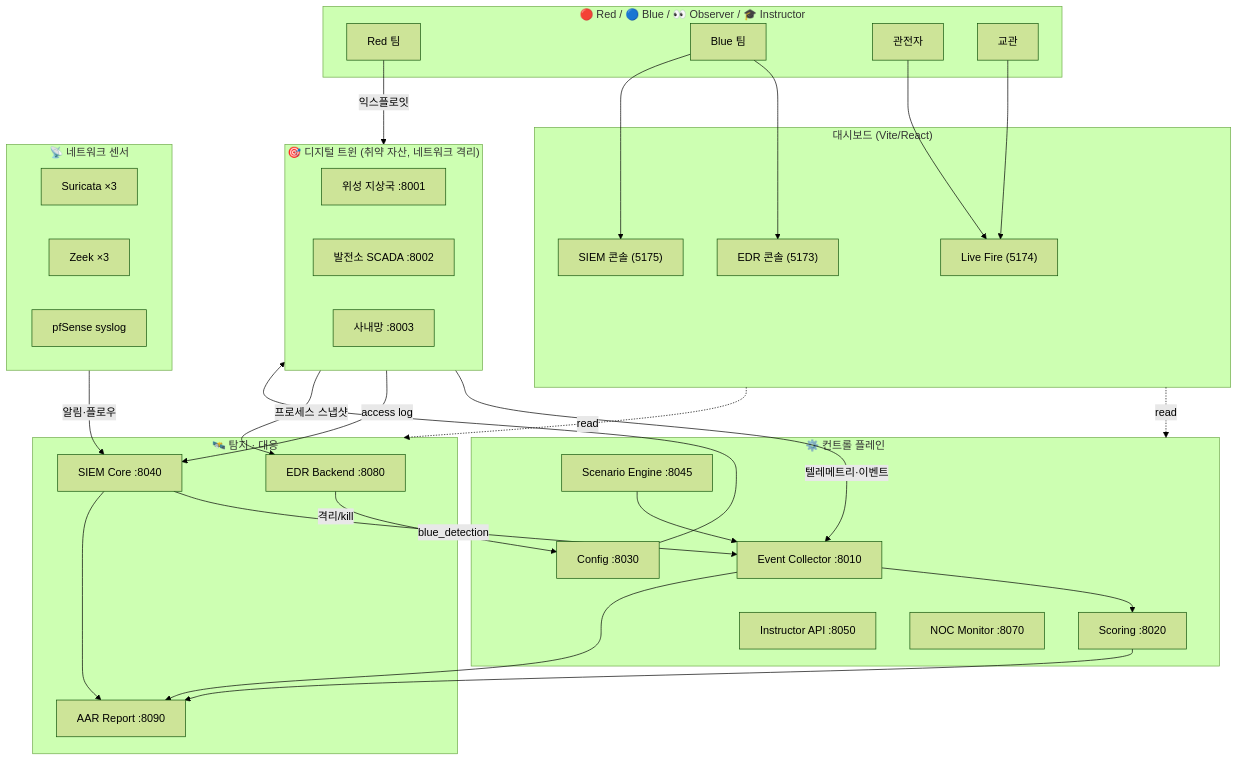
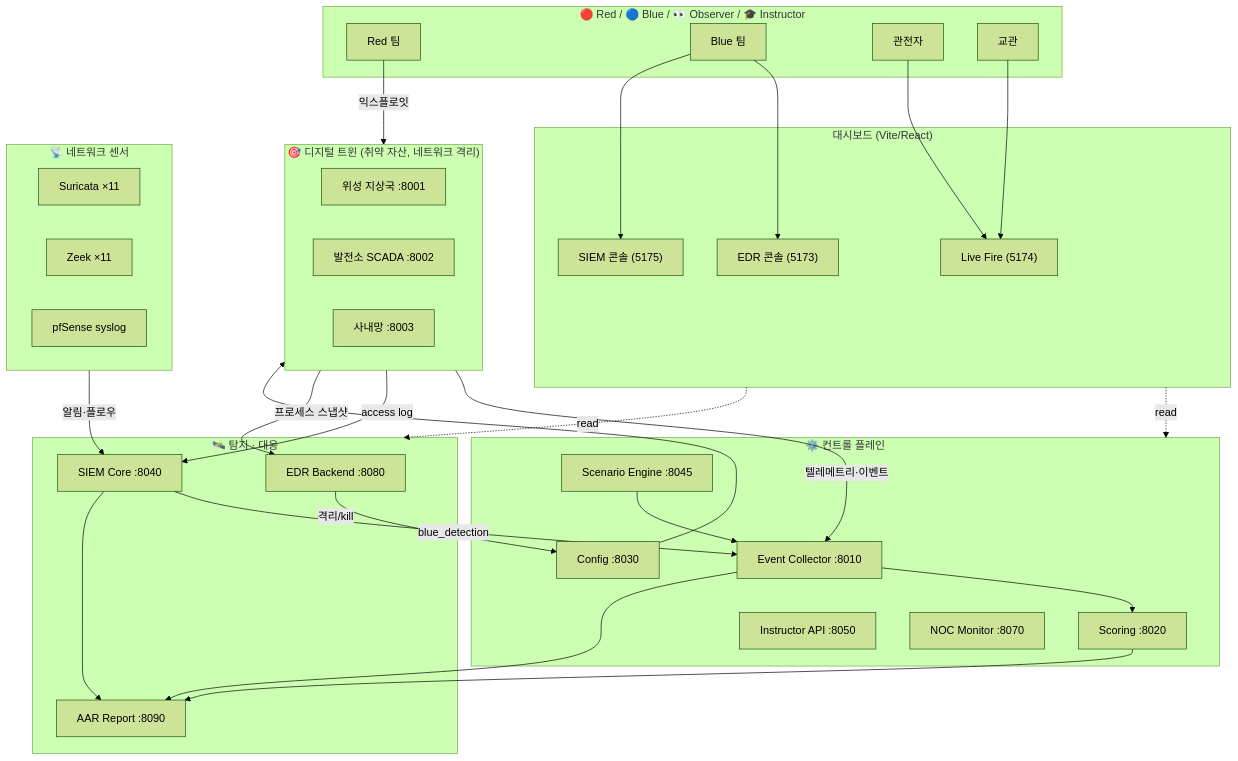
One commit to MintKangaroo/Cyber-Offensive-and-Defensive-Exercise changed the diagram in README.md. Above: the diagram before and after it, drawn with Mermaid (forest theme). The commit also changed other lines of this file and 1 other file, not shown here.

First line of the commit message:
feat(sensors): 신규 8섹터 Suricata/Zeek 사이드카 추가 (총 22개, 격리 유지·sudo 불필요)

````diff
--- a/README.md
+++ b/README.md
@@ -48,42 +48,42 @@
 ```mermaid
 flowchart TB
     subgraph Users["🔴 Red / 🔵 Blue / 👀 Observer / 🎓 Instructor"]
         RT["Red 팀"]; BT["Blue 팀"]; OB["관전자"]; IN["교관"]
     end
 
     subgraph Dashboards["대시보드 (Vite/React)"]
         LF["Live Fire (5174)"]; SIEMUI["SIEM 콘솔 (5175)"]; EDRUI["EDR 콘솔 (5173)"]
     end
 
     subgraph Twins["🎯 디지털 트윈 (취약 자산, 네트워크 격리)"]
         GS["위성 지상국 :8001"]; PP["발전소 SCADA :8002"]; DN["사내망 :8003"]
     end
 
     subgraph Core["⚙️ 컨트롤 플레인"]
         EC["Event Collector :8010"]; SC["Scoring :8020"]; CF["Config :8030"]
         SE["Scenario Engine :8045"]; IA["Instructor API :8050"]; NOC["NOC Monitor :8070"]
     end
 
     subgraph Defense["🛰️ 탐지 · 대응"]
         EDR["EDR Backend :8080"]; SIEM["SIEM Core :8040"]; AAR["AAR Report :8090"]
     end
 
     subgraph Sensors["📡 네트워크 센서"]
-        SUR["Suricata ×3"]; ZK["Zeek ×3"]; PF["pfSense syslog"]
+        SUR["Suricata ×11"]; ZK["Zeek ×11"]; PF["pfSense syslog"]
     end
 
     RT -->|익스플로잇| Twins
     BT --> EDRUI & SIEMUI
     OB & IN --> LF
     Twins -->|텔레메트리·이벤트| EC
     Twins -->|access log| SIEM
     Sensors -->|알림·플로우| SIEM
     Twins -->|프로세스 스냅샷| EDR
     EC --> SC
     EDR -->|격리/kill| CF --> Twins
     SE --> EC
     SIEM -->|blue_detection| EC
     SC & EC & SIEM --> AAR
     Dashboards -.read.-> Core
     Dashboards -.read.-> Defense
 ```
````
